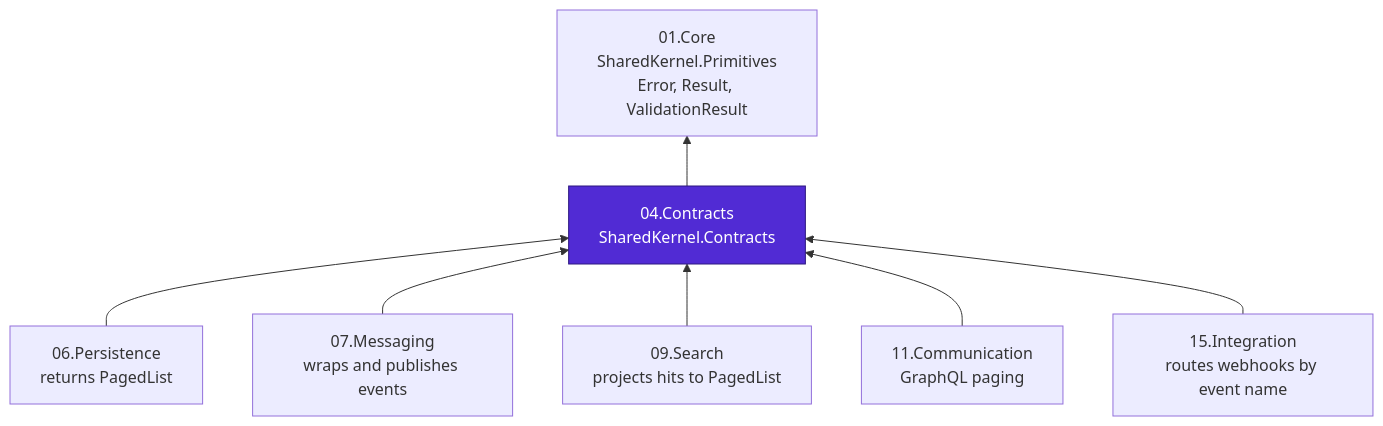
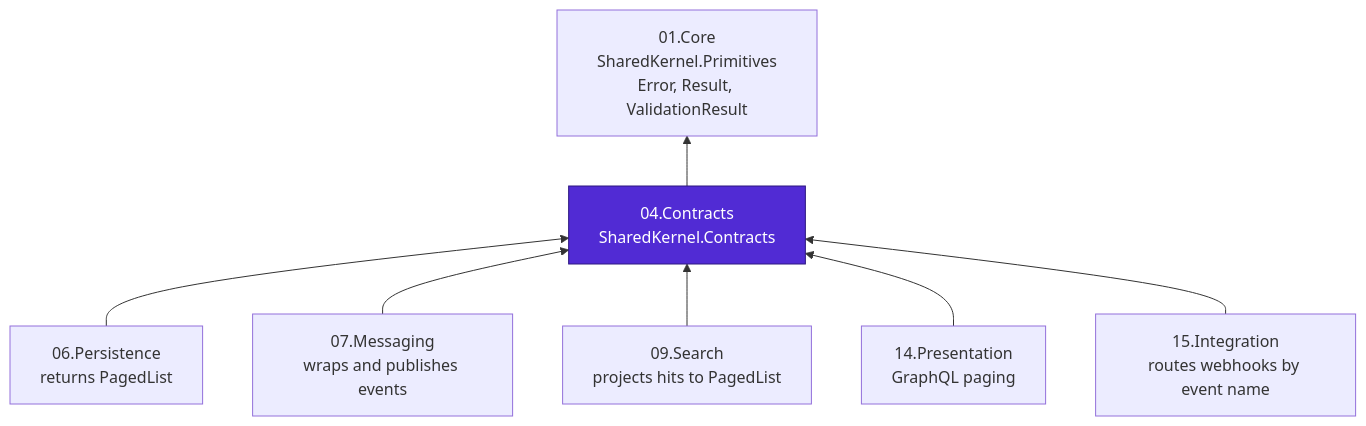
One commit to Gresta-Vertex-Labs/platform-shared-kernel changed the first of 3 diagrams in 04.Contracts/README.md. Above: the diagram before and after it, drawn with Mermaid. The commit also changed other lines of this file and 167 other files, not shown here.

````diff
--- a/04.Contracts/README.md
+++ b/04.Contracts/README.md
@@ -41,20 +43,20 @@
 ```mermaid
 flowchart BT
     Primitives["01.Core<br/>SharedKernel.Primitives<br/>Error, Result, ValidationResult"]
     Contracts["04.Contracts<br/>SharedKernel.Contracts"]
 
     Persistence["06.Persistence<br/>returns PagedList"]
     Messaging["07.Messaging<br/>wraps and publishes events"]
     Search["09.Search<br/>projects hits to PagedList"]
-    Communication["11.Communication<br/>GraphQL paging"]
+    Presentation["14.Presentation<br/>GraphQL paging"]
     Integration["15.Integration<br/>routes webhooks by event name"]
 
     style Contracts fill:#512BD4,color:#fff,stroke:#2d1780
 
     Contracts --> Primitives
     Persistence --> Contracts
     Messaging --> Contracts
     Search --> Contracts
-    Communication --> Contracts
+    Presentation --> Contracts
     Integration --> Contracts
 ```
````
